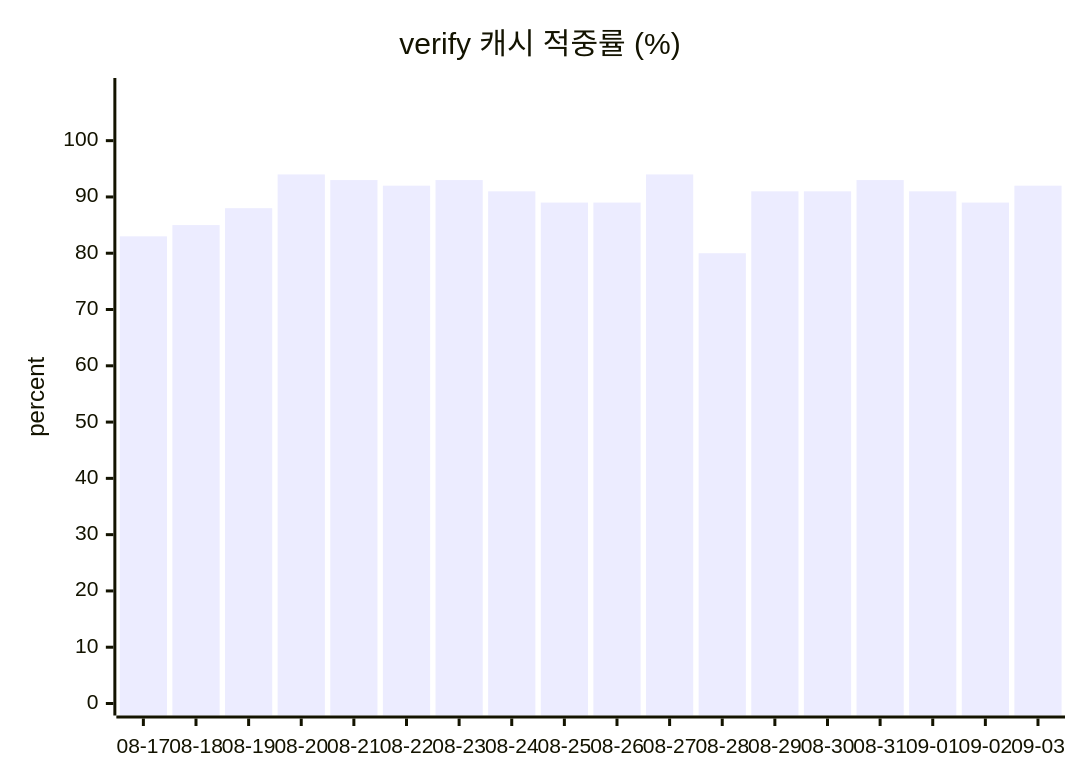
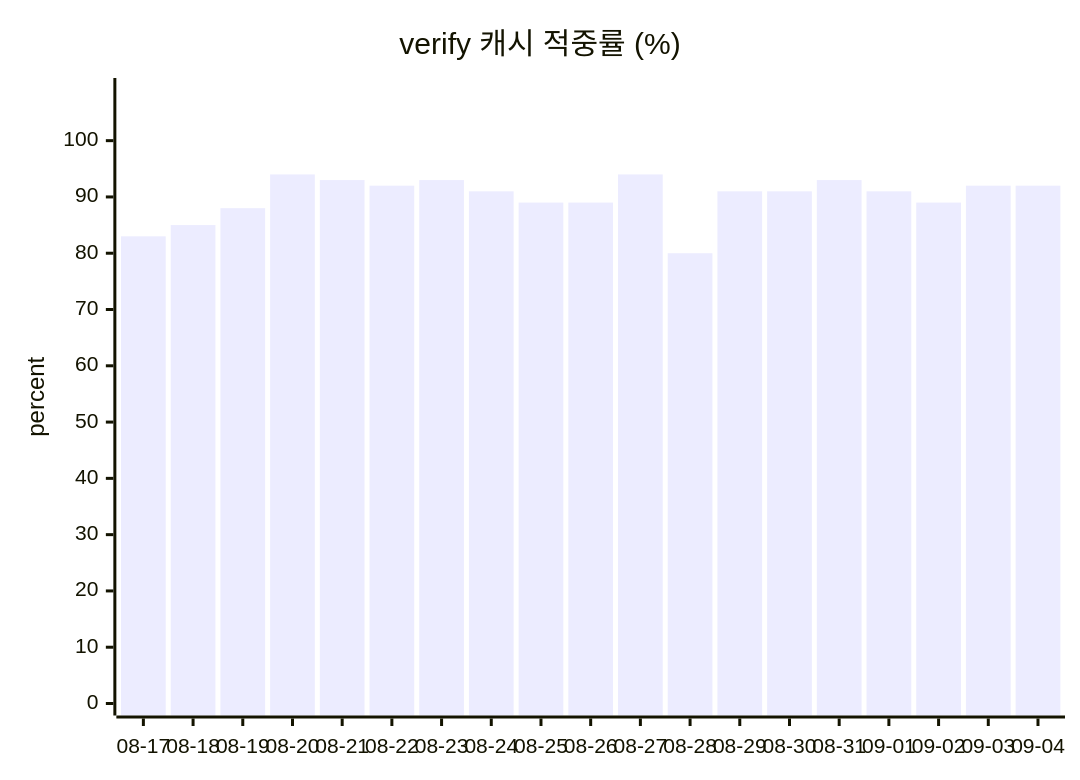
Before and after one commit to userri/PinQ-backend: the second of 2 diagrams in docs/data/token-usage.md, drawn with Mermaid. The commit also changed other lines of this file and 3 other files, not shown here.

````diff
--- a/docs/data/token-usage.md
+++ b/docs/data/token-usage.md
@@ -100,7 +103,7 @@
 ```mermaid
 xychart-beta
     title "verify 캐시 적중률 (%)"
-    x-axis ["08-17", "08-18", "08-19", "08-20", "08-21", "08-22", "08-23", "08-24", "08-25", "08-26", "08-27", "08-28", "08-29", "08-30", "08-31", "09-01", "09-02", "09-03"]
+    x-axis ["08-17", "08-18", "08-19", "08-20", "08-21", "08-22", "08-23", "08-24", "08-25", "08-26", "08-27", "08-28", "08-29", "08-30", "08-31", "09-01", "09-02", "09-03", "09-04"]
     y-axis "percent" 0 --> 109
-    bar [83, 85, 88, 94, 93, 92, 93, 91, 89, 89, 94, 80, 91, 91, 93, 91, 89, 92]
+    bar [83, 85, 88, 94, 93, 92, 93, 91, 89, 89, 94, 80, 91, 91, 93, 91, 89, 92, 92]
 ```
````
